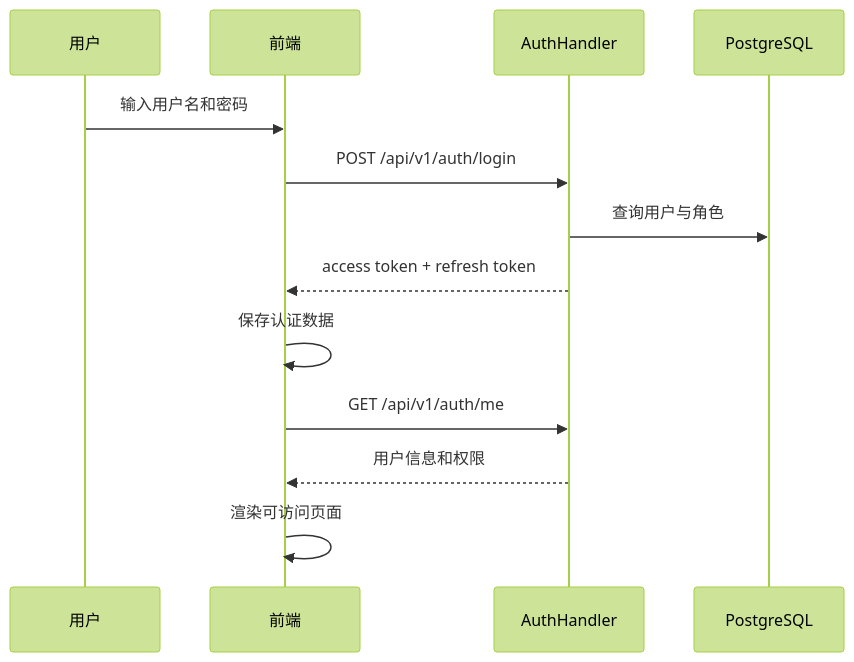
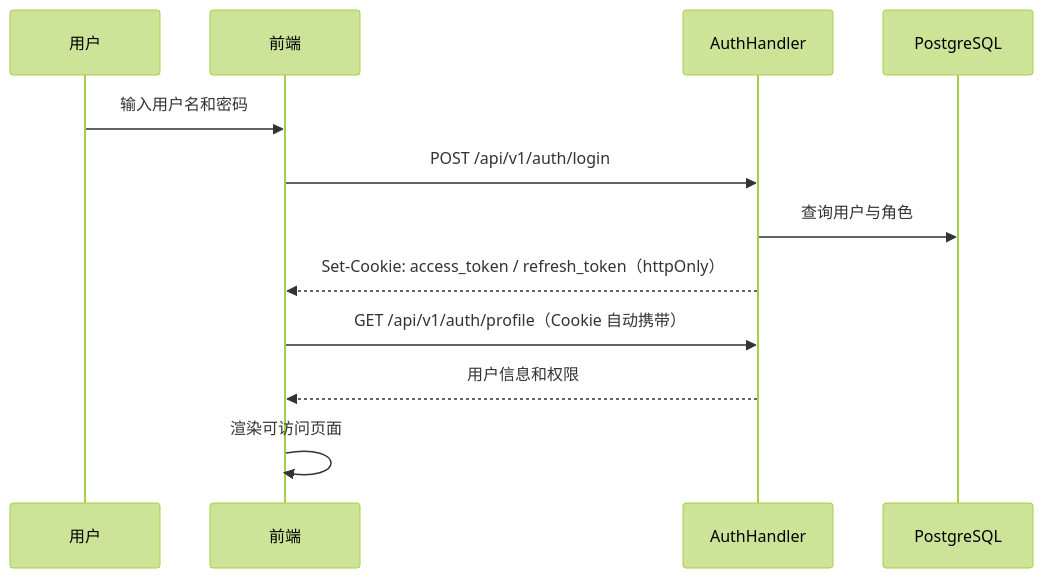
Before and after one commit to Izumi0527/inspect: the fourth of 7 diagrams in docs/PROJECT_ARCHITECTURE.md, drawn with Mermaid (forest theme). The commit also changed other lines of this file, not shown here.

First line of the commit message:
docs(architecture): 同步认证链路现状与公开路由约定

````diff
--- a/docs/PROJECT_ARCHITECTURE.md
+++ b/docs/PROJECT_ARCHITECTURE.md
@@ -787,16 +813,15 @@
 ```mermaid
 sequenceDiagram
   participant User as 用户
   participant FE as 前端
   participant Auth as AuthHandler
   participant DB as PostgreSQL
 
   User->>FE: 输入用户名和密码
   FE->>Auth: POST /api/v1/auth/login
   Auth->>DB: 查询用户与角色
-  Auth-->>FE: access token + refresh token
-  FE->>FE: 保存认证数据
-  FE->>Auth: GET /api/v1/auth/me
+  Auth-->>FE: Set-Cookie: access_token / refresh_token（httpOnly）
+  FE->>Auth: GET /api/v1/auth/profile（Cookie 自动携带）
   Auth-->>FE: 用户信息和权限
   FE->>FE: 渲染可访问页面
 ```
````
